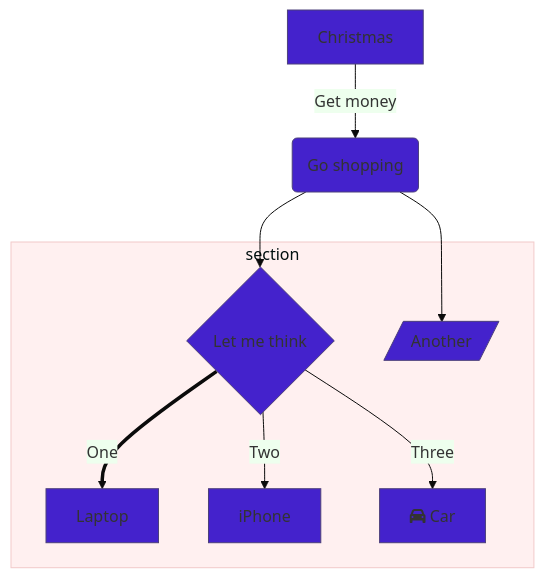
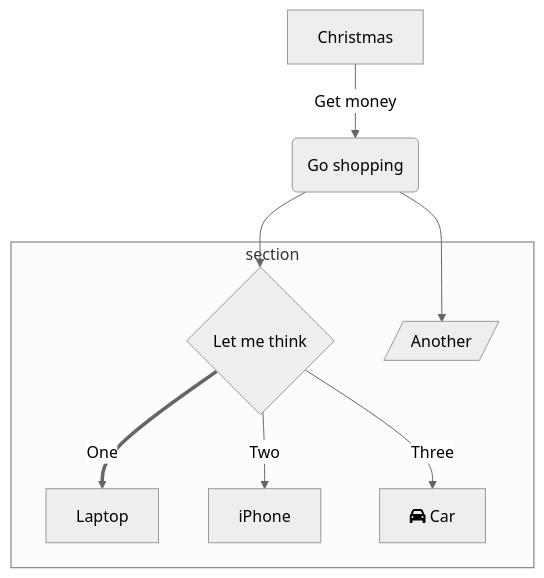
The first of 8 diagrams in taon.top/content/post/markdonw.md (taontech/www), drawn with Mermaid before and after one commit.

```diff
--- a/taon.top/content/post/markdonw.md
+++ b/taon.top/content/post/markdonw.md
@@ -11,17 +11,17 @@
 {{< mermaid >}}
-%%{init: {'theme': 'base', 'themeVariables': { 'primaryColor': '#4422cc', 'edgeLabelBackground':'#eeffee', 'tertiaryColor': '#fff0f0'}}}%%
+%%{init: {'theme': 'neutral'}}%%
         graph TD
           A[Christmas] -->|Get money| B(Go shopping)
           B --> C{Let me think}
           B --> G[/Another/]
           C ==>|One| D[Laptop]
           C -->|Two| E[iPhone]
           C -->|Three| F[fa:fa-car Car]
           subgraph section
             C
             D
             E
             F
             G
           end
 {{< /mermaid >}}
```
